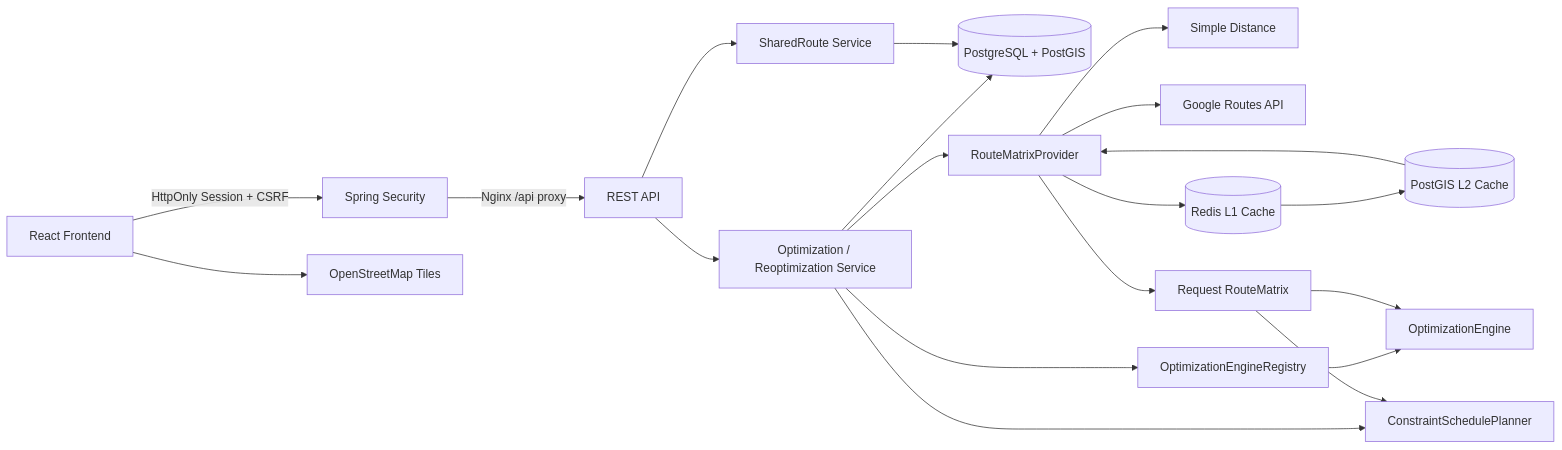
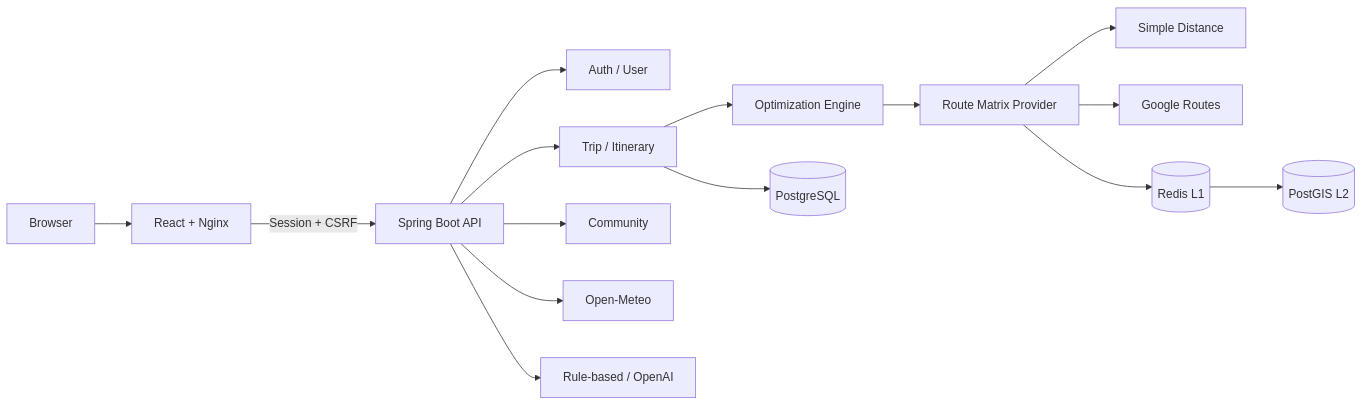
The diagram in README.md (sungjuun/RoutePlan), drawn with Mermaid before and after one commit. The commit also changed other lines of this file, not shown here.

````diff
--- a/README.md
+++ b/README.md
@@ -255,22 +81,17 @@
 ```mermaid
 flowchart LR
-    WEB[React Frontend] -->|HttpOnly Session + CSRF| SECURITY[Spring Security]
-    SECURITY -->|Nginx /api proxy| API[REST API]
-    WEB --> OSM[OpenStreetMap Tiles]
-    API --> APP[Optimization / Reoptimization Service]
-    API --> COMMUNITY[SharedRoute Service]
-    APP --> DB[(PostgreSQL + PostGIS)]
-    COMMUNITY --> DB
-    APP --> MATRIX[RouteMatrixProvider]
+    USER[Browser] --> WEB[React + Nginx]
+    WEB -->|Session + CSRF| API[Spring Boot API]
+    API --> AUTH[Auth / User]
+    API --> PLAN[Trip / Itinerary]
+    API --> COMMUNITY[Community]
+    PLAN --> OPT[Optimization Engine]
+    OPT --> MATRIX[Route Matrix Provider]
     MATRIX --> SIMPLE[Simple Distance]
-    MATRIX --> GOOGLE[Google Routes API]
-    MATRIX --> L1[(Redis L1 Cache)]
-    L1 --> L2[(PostGIS L2 Cache)]
-    L2 --> MATRIX
-    APP --> REGISTRY[OptimizationEngineRegistry]
-    REGISTRY --> ENGINE[OptimizationEngine]
-    MATRIX --> ROUTE[Request RouteMatrix]
-    ROUTE --> ENGINE
-    APP --> PLANNER[ConstraintSchedulePlanner]
-    ROUTE --> PLANNER
+    MATRIX --> GOOGLE[Google Routes]
+    MATRIX --> REDIS[(Redis L1)]
+    REDIS --> POSTGIS[(PostGIS L2)]
+    PLAN --> POSTGRES[(PostgreSQL)]
+    API --> WEATHER[Open-Meteo]
+    API --> AI[Rule-based / OpenAI]
 ```
````
